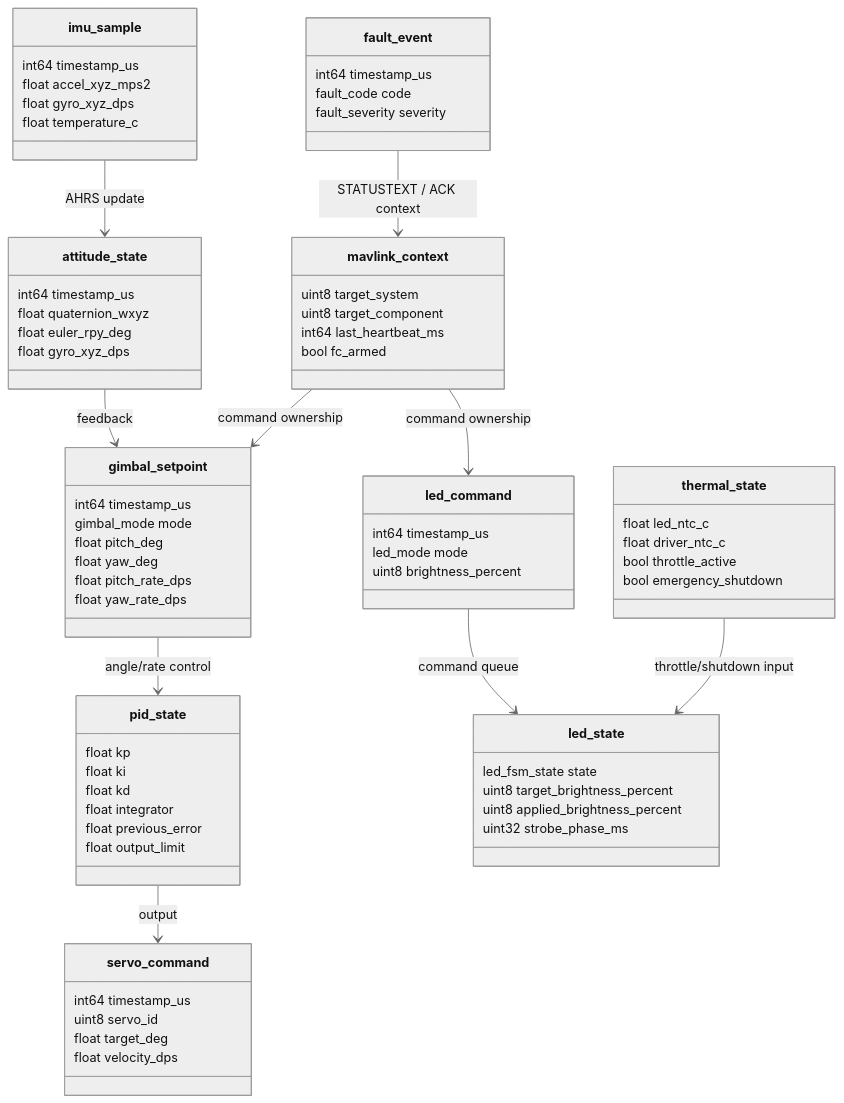
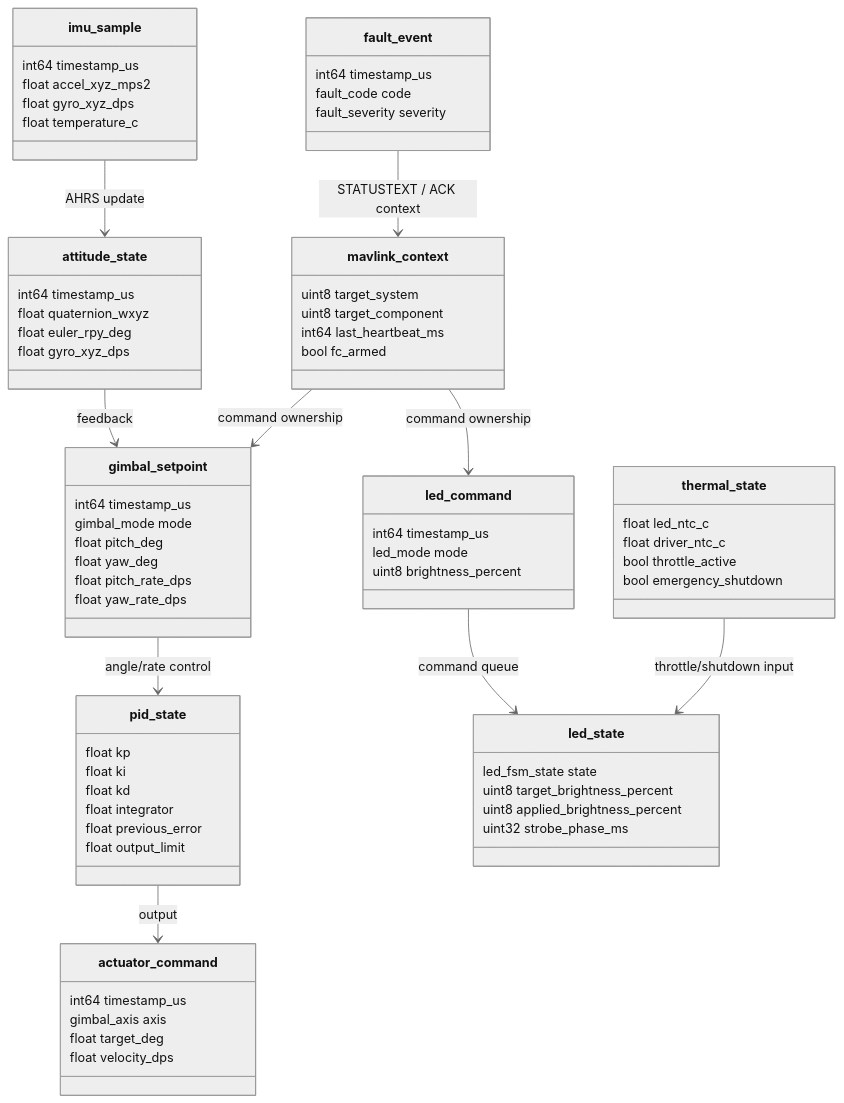
One commit to thule2510ddt/sgl200-workspace changed the diagram in architecture/core-data-structure.md. Above: the diagram before and after it, drawn with Mermaid (neutral theme). The commit also changed 21 other files, not shown here.

Commit message:
Add gimbal actuator product variants

```diff
--- a/architecture/core-data-structure.md
+++ b/architecture/core-data-structure.md
@@ -36,9 +36,9 @@
         float output_limit
     }
 
-    class servo_command {
+    class actuator_command {
         int64 timestamp_us
-        uint8 servo_id
+        gimbal_axis axis
         float target_deg
         float velocity_dps
     }
@@ -79,7 +79,7 @@
     imu_sample --> attitude_state : AHRS update
     attitude_state --> gimbal_setpoint : feedback
     gimbal_setpoint --> pid_state : angle/rate control
-    pid_state --> servo_command : output
+    pid_state --> actuator_command : output
 
     led_command --> led_state : command queue
     thermal_state --> led_state : throttle/shutdown input
```
